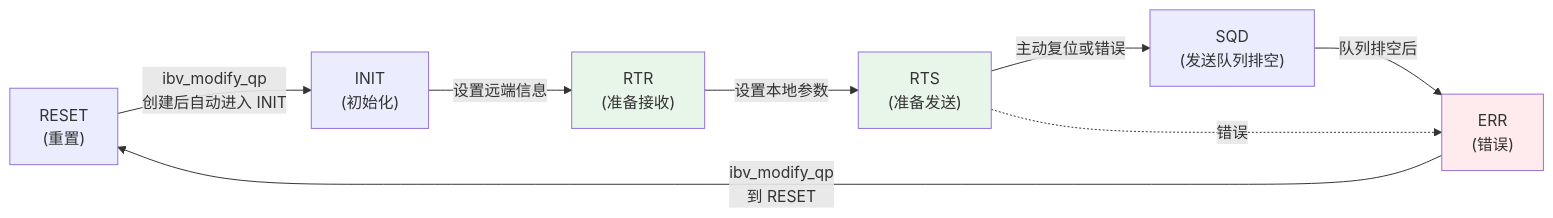
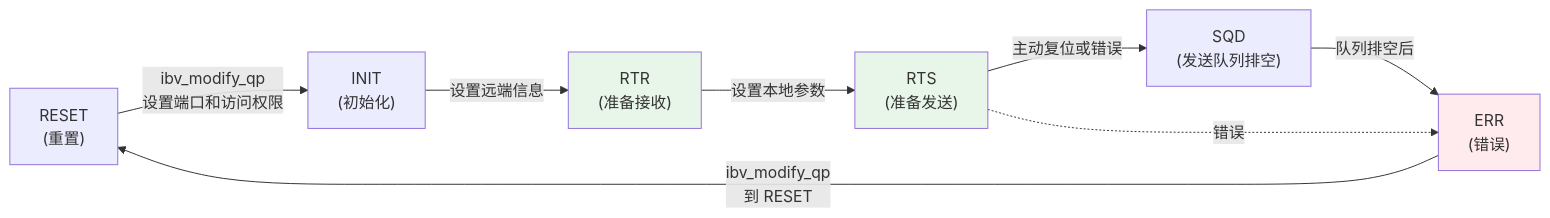
One commit to alogfans/RDMA101 changed the second of 2 diagrams in docs/02-programming-model/04-qp.md. Above: the diagram before and after it, drawn with Mermaid. The commit also changed other lines of this file and 15 other files, not shown here.

````diff
--- a/docs/02-programming-model/04-qp.md
+++ b/docs/02-programming-model/04-qp.md
@@ -245,21 +192,21 @@
 ```mermaid
 flowchart LR
     RESET["RESET<br/>(重置)"]
     INIT["INIT<br/>(初始化)"]
     RTR["RTR<br/>(准备接收)"]
     RTS["RTS<br/>(准备发送)"]
     SQD["SQD<br/>(发送队列排空)"]
     ERR["ERR<br/>(错误)"]
 
-    RESET -->|"ibv_modify_qp<br/>创建后自动进入 INIT"| INIT
+    RESET -->|"ibv_modify_qp<br/>设置端口和访问权限"| INIT
     INIT -->|"设置远端信息"| RTR
     RTR -->|"设置本地参数"| RTS
     RTS -->|"主动复位或错误"| SQD
     SQD -->|"队列排空后"| ERR
     RTS -.->|"错误"| ERR
     ERR -->|"ibv_modify_qp<br/>到 RESET"| RESET
 
     style RTS fill:#e8f5e9
     style RTR fill:#e8f5e9
     style ERR fill:#ffebee
 ```
````
